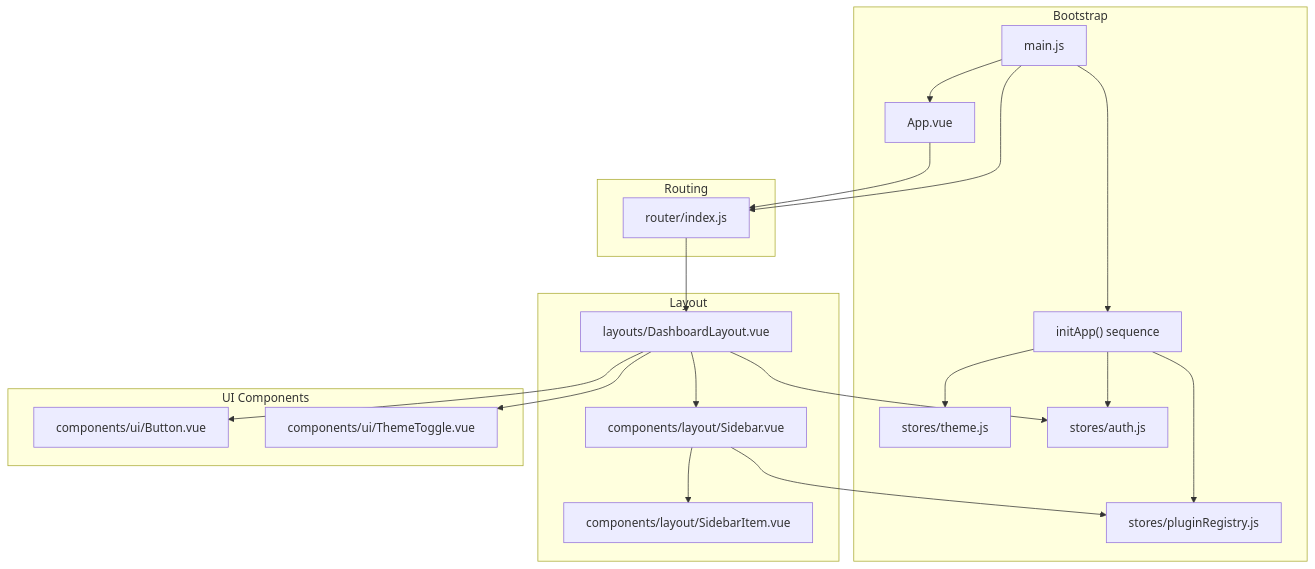
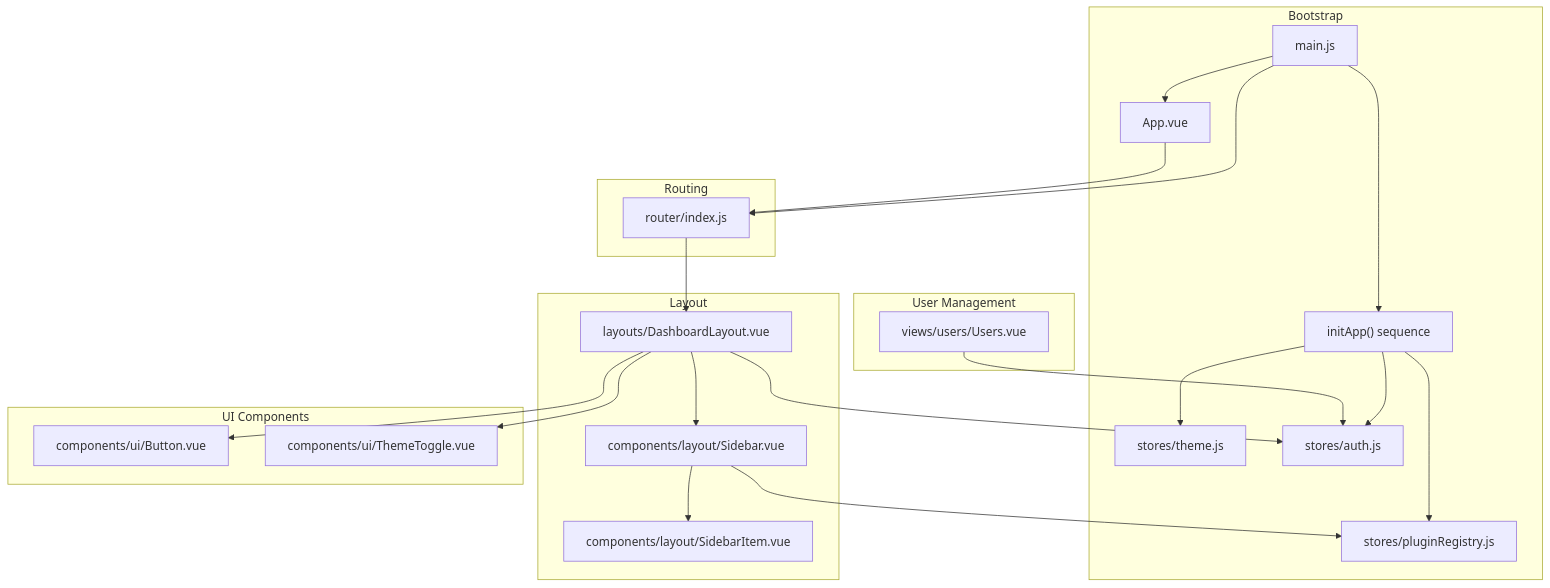
One commit to Nikita5543/New-SSO-02 changed the first of 14 diagrams in .qoder/repowiki/en/content/Frontend Architecture/Frontend Architecture.md. Above: the diagram before and after it, drawn with Mermaid. The commit also changed other lines of this file and 4 other files, not shown here.

````diff
--- a/.qoder/repowiki/en/content/Frontend Architecture/Frontend Architecture.md
+++ b/.qoder/repowiki/en/content/Frontend Architecture/Frontend Architecture.md
@@ -63,37 +69,41 @@
 ```mermaid
 graph TB
 subgraph "Bootstrap"
 MJS["main.js"]
 APP["App.vue"]
 INIT["initApp() sequence"]
 THEME["stores/theme.js"]
 AUTH["stores/auth.js"]
 REG["stores/pluginRegistry.js"]
 end
 subgraph "Routing"
 ROUTER["router/index.js"]
 end
 subgraph "Layout"
 DL["layouts/DashboardLayout.vue"]
 SB["components/layout/Sidebar.vue"]
 SBI["components/layout/SidebarItem.vue"]
 end
 subgraph "UI Components"
 BTN["components/ui/Button.vue"]
 TT["components/ui/ThemeToggle.vue"]
 end
+subgraph "User Management"
+USERS["views/users/Users.vue"]
+end
 MJS --> INIT
 INIT --> THEME
 INIT --> AUTH
 INIT --> REG
 MJS --> APP
 MJS --> ROUTER
 APP --> ROUTER
 ROUTER --> DL
 DL --> SB
 SB --> SBI
 DL --> BTN
 DL --> TT
 SB --> REG
 DL --> AUTH
+USERS --> AUTH
 ```
````
